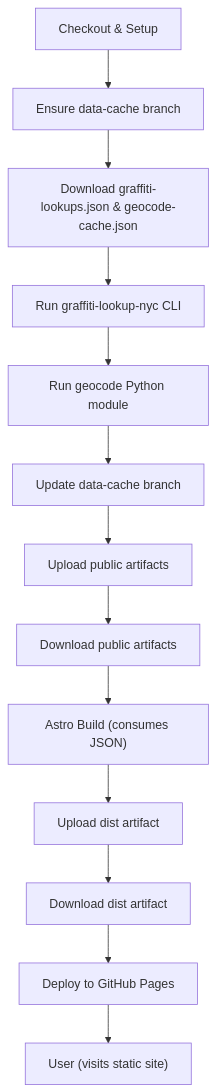
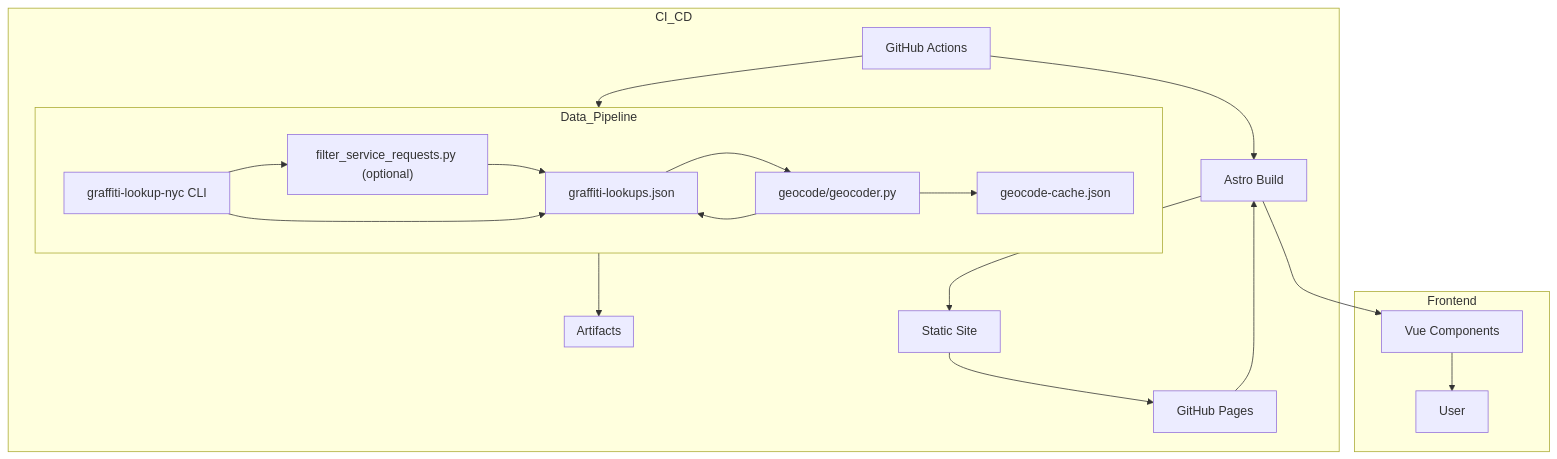
Before and after one commit to njamaleddine/graffiti-lookup-nyc-web: the diagram in README.md, drawn with Mermaid. The commit also changed other lines of this file, not shown here.

````diff
--- a/README.md
+++ b/README.md
@@ -129,15 +129,36 @@
 ```mermaid
 flowchart TD
-   A1["Checkout & Setup"] --> A2["Ensure data-cache branch"]
-   A2 --> A3["Download graffiti-lookups.json & geocode-cache.json"]
-   A3 --> A4["Run graffiti-lookup-nyc CLI"]
-   A4 --> A5["Run geocode Python module"]
-   A5 --> A6["Update data-cache branch"]
-   A6 --> A7["Upload public artifacts"]
-   A7 --> N1["Download public artifacts"]
-   N1 --> N2["Astro Build (consumes JSON)"]
-   N2 --> N3["Upload dist artifact"]
-   N3 --> D1["Download dist artifact"]
-   D1 --> D2["Deploy to GitHub Pages"]
-   D2 --> User["User (visits static site)"]
+   subgraph Data_Pipeline
+      CLI["graffiti-lookup-nyc CLI"]
+      FILTER["filter_service_requests.py (optional)"]
+      GEOCODE["geocode/geocoder.py"]
+      CACHE["geocode-cache.json"]
+      LOOKUPS["graffiti-lookups.json"]
+      CLI --> FILTER
+      FILTER --> LOOKUPS
+      CLI --> LOOKUPS
+      LOOKUPS --> GEOCODE
+      GEOCODE --> CACHE
+      GEOCODE --> LOOKUPS
+   end
+
+   subgraph Artifacts
+      LOOKUPS
+      CACHE
+   end
+
+   subgraph CI_CD
+      GH_ACTIONS["GitHub Actions"]
+      GH_ACTIONS --> Data_Pipeline
+      Data_Pipeline --> Artifacts
+      GH_ACTIONS --> ASTRO["Astro Build"]
+      ASTRO --> DIST["Static Site"]
+      DIST --> GH_PAGES["GitHub Pages"]
+   end
+
+   subgraph Frontend
+      GH_PAGES --> ASTRO
+      ASTRO --> VUE["Vue Components"]
+      VUE --> USER["User"]
+   end
 ```
````
